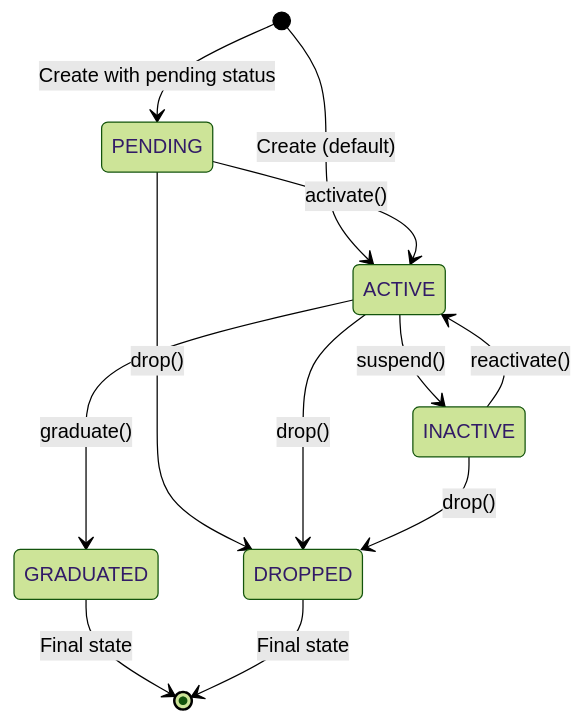
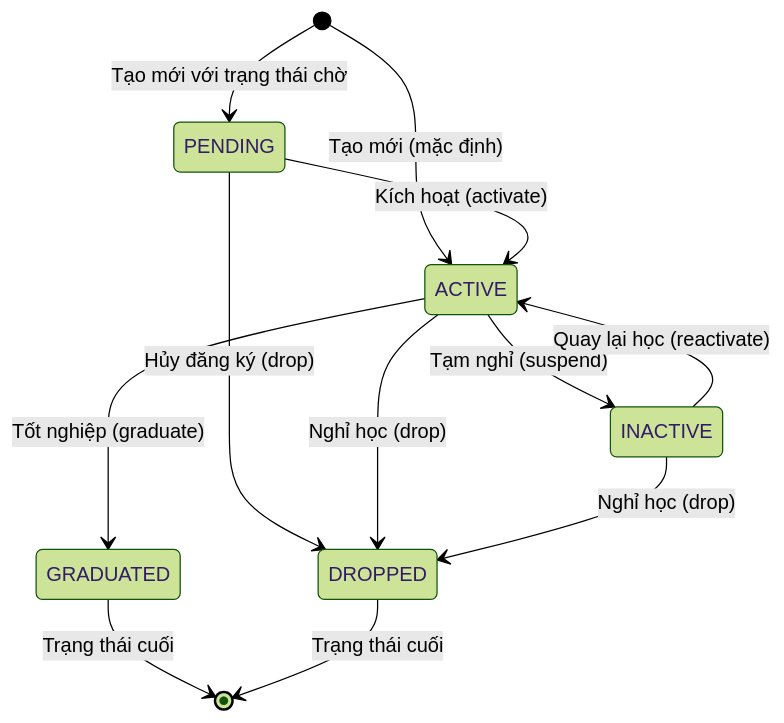
Before and after one commit to VictorAurelius/2026-Kite-Class-Platform: the diagram in kiteclass/kiteclass-core/docs/modules/student-module.md, drawn with Mermaid (forest theme). The commit also changed other lines of this file and 1 other file, not shown here.

First line of the commit message:
docs(core): viết lại tài liệu module student sang tiếng Việt 100%

````diff
--- a/kiteclass/kiteclass-core/docs/modules/student-module.md
+++ b/kiteclass/kiteclass-core/docs/modules/student-module.md
@@ -304,18 +857,18 @@
 ```mermaid
 stateDiagram-v2
-    [*] --> PENDING: Create with pending status
-    [*] --> ACTIVE: Create (default)
+    [*] --> PENDING: Tạo mới với trạng thái chờ
+    [*] --> ACTIVE: Tạo mới (mặc định)
 
-    PENDING --> ACTIVE: activate()
-    PENDING --> DROPPED: drop()
+    PENDING --> ACTIVE: Kích hoạt (activate)
+    PENDING --> DROPPED: Hủy đăng ký (drop)
 
-    ACTIVE --> INACTIVE: suspend()
-    ACTIVE --> GRADUATED: graduate()
-    ACTIVE --> DROPPED: drop()
+    ACTIVE --> INACTIVE: Tạm nghỉ (suspend)
+    ACTIVE --> GRADUATED: Tốt nghiệp (graduate)
+    ACTIVE --> DROPPED: Nghỉ học (drop)
 
-    INACTIVE --> ACTIVE: reactivate()
-    INACTIVE --> DROPPED: drop()
+    INACTIVE --> ACTIVE: Quay lại học (reactivate)
+    INACTIVE --> DROPPED: Nghỉ học (drop)
 
-    GRADUATED --> [*]: Final state
-    DROPPED --> [*]: Final state
+    GRADUATED --> [*]: Trạng thái cuối
+    DROPPED --> [*]: Trạng thái cuối
 ```
````
